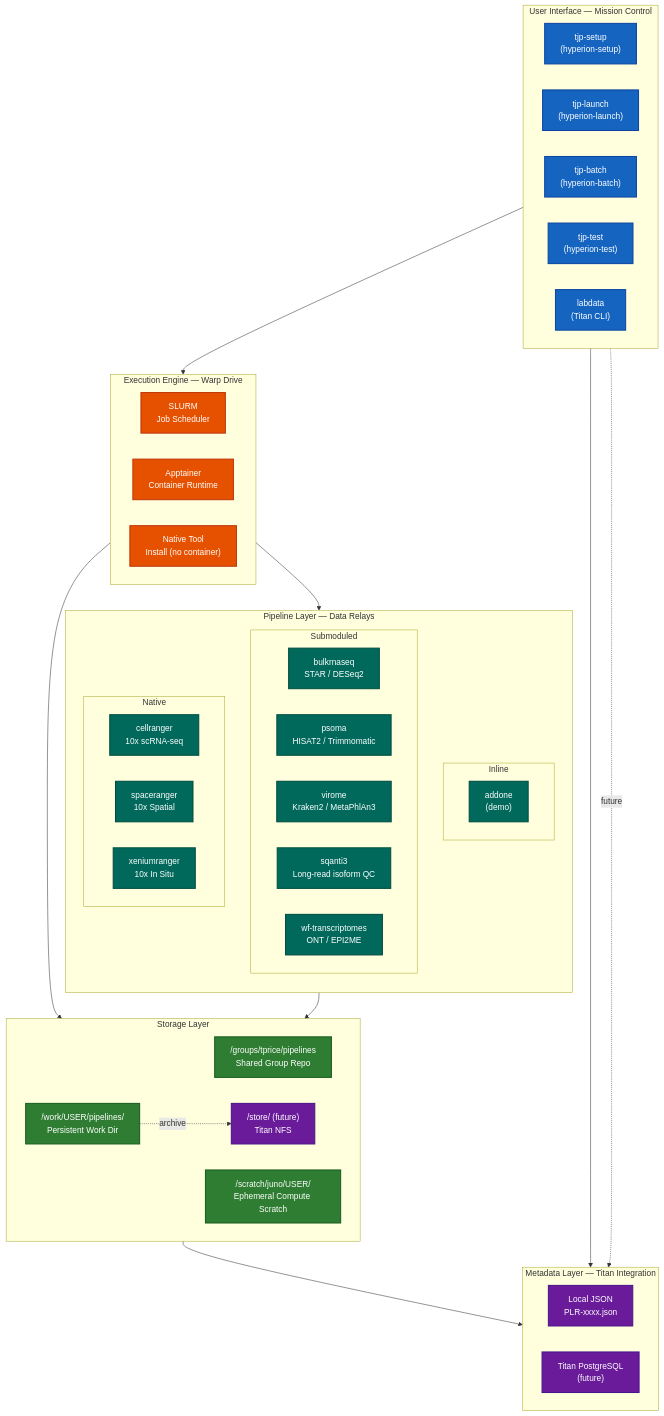
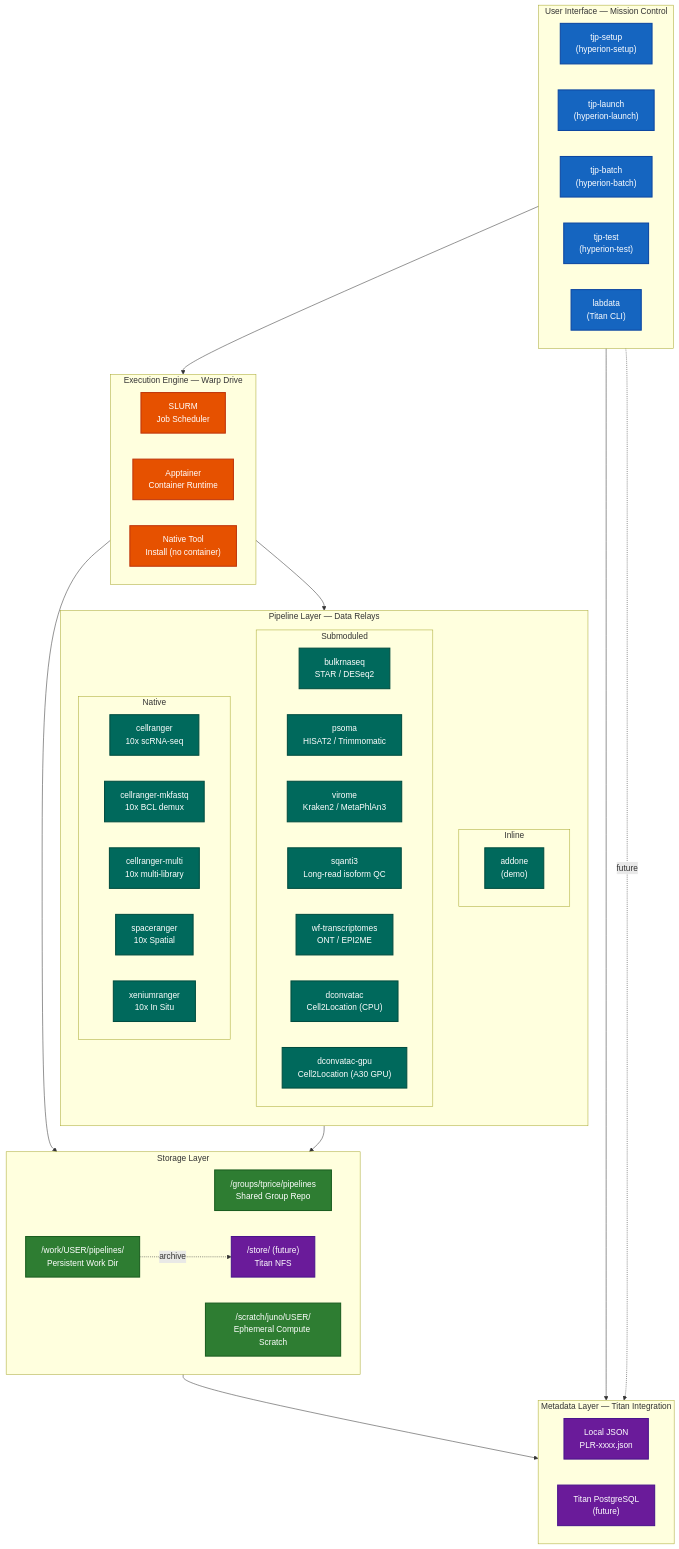
Before and after one commit to mwilde49/hpc: the first of 6 diagrams in docs/architecture.md, drawn with Mermaid. The commit also changed other lines of this file and 25 other files, not shown here.

First line of the commit message:
chore: release v7.1.0 — Cell Ranger mkfastq/Multi batch support, DeconvATAC GPU templates, repo consistency audit

````diff
--- a/docs/architecture.md
+++ b/docs/architecture.md
@@ -57,9 +57,13 @@
             p_virome["virome\nKraken2 / MetaPhlAn3"]
             p_sqanti["sqanti3\nLong-read isoform QC"]
             p_wftx["wf-transcriptomes\nONT / EPI2ME"]
+            p_dconv["dconvatac\nCell2Location (CPU)"]
+            p_dconvgpu["dconvatac-gpu\nCell2Location (A30 GPU)"]
         end
         subgraph native_grp["Native"]
             p_cr["cellranger\n10x scRNA-seq"]
+            p_crmk["cellranger-mkfastq\n10x BCL demux"]
+            p_crmulti["cellranger-multi\n10x multi-library"]
             p_sr["spaceranger\n10x Spatial"]
             p_xr["xeniumranger\n10x In Situ"]
         end
@@ -102,5 +106,5 @@
     class slurm,apptainer,native compute
     class store_repo,store_work,store_scratch storage
     class store_titan,meta_json,meta_db titan
-    class p_addone,p_bulk,p_psoma,p_virome,p_sqanti,p_wftx,p_cr,p_sr,p_xr pipeline
+    class p_addone,p_bulk,p_psoma,p_virome,p_sqanti,p_wftx,p_dconv,p_dconvgpu,p_cr,p_crmk,p_crmulti,p_sr,p_xr pipeline
 ```
````
